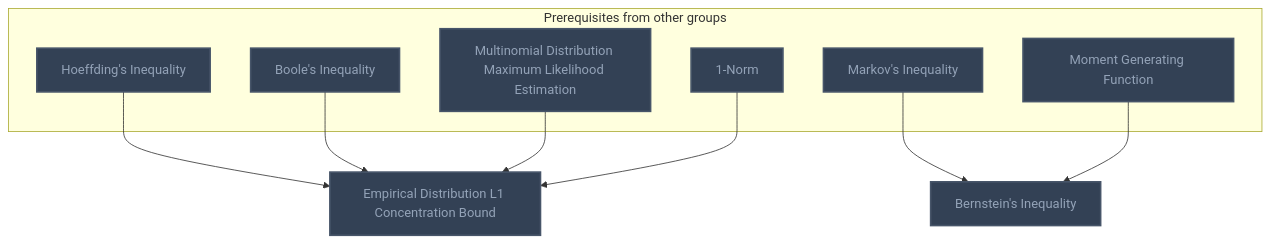
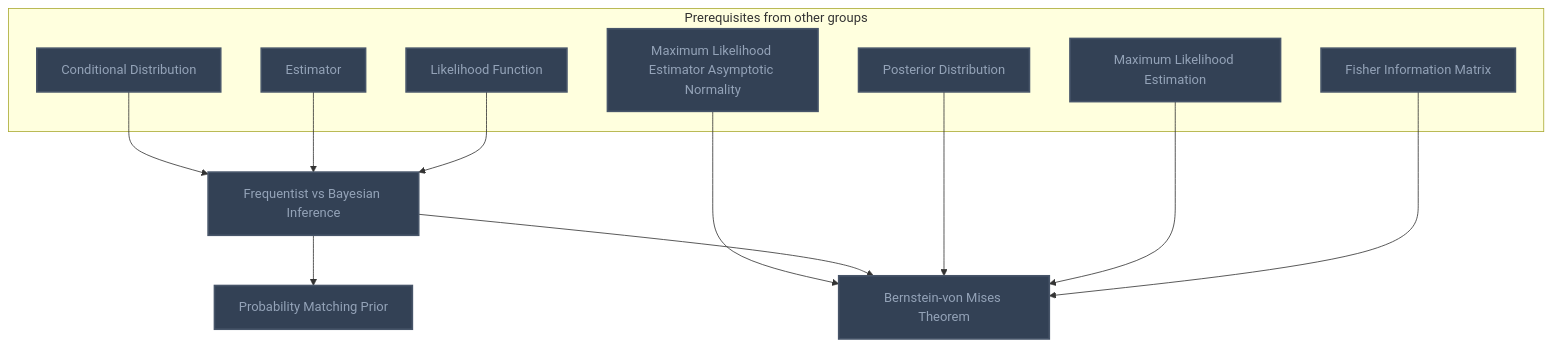
Diagram 11 of 11 in Gamification/Skill Trees/Mathematical Statistics.md (MRauf1/My-Notes), drawn with Mermaid before and after one commit. The commit also changed other lines of this file and 62 other files, not shown here.

````diff
--- a/Gamification/Skill Trees/Mathematical Statistics.md
+++ b/Gamification/Skill Trees/Mathematical Statistics.md
@@ -1344,30 +1148,35 @@
 ```mermaid
 flowchart TD
     classDef planned fill:#1E293B,stroke:#64748B,stroke-width:2px,stroke-dasharray:5 5,color:#94A3B8;
     classDef locked fill:#334155,stroke:#475569,stroke-width:2px,color:#94A3B8;
     classDef L0 fill:#F1F5F9,stroke:#94A3B8,stroke-width:2px,color:#000000;
     classDef L1 fill:#22C55E,stroke:#15803D,stroke-width:2px,color:#000000;
     classDef L2 fill:#3B82F6,stroke:#1D4ED8,stroke-width:3px,color:#FFFFFF;
     classDef L3 fill:#A855F7,stroke:#6B21A8,stroke-width:3px,color:#FFFFFF,font-weight:bold;
     classDef L4 fill:#F97316,stroke:#C2410C,stroke-width:4px,color:#000000,font-weight:bold;
     classDef L5 fill:#FFD700,stroke:#FF8C00,stroke-width:5px,color:#000000,font-weight:bold;
     classDef rusty stroke:#8B4513,stroke-width:4px,stroke-dasharray:3 3;
     subgraph sg_prereqs["Prerequisites from other groups"]
-        n_hoeffding_s_inequality["Hoeffding's Inequality"]
-        n_boole_s_inequality["Boole's Inequality"]
-        n_multinomial_distribution_maximum_likelihood_estimation["Multinomial Distribution Maximum Likelihood Estimation"]
-        n_1_norm["1-Norm"]
-        n_markov_s_inequality["Markov's Inequality"]
-        n_moment_generating_function["Moment Generating Function"]
+        n_conditional_distribution["Conditional Distribution"]
+        n_estimator["Estimator"]
+        n_maximum_likelihood_estimator_asymptotic_normality["Maximum Likelihood Estimator Asymptotic Normality"]
+        n_posterior_distribution["Posterior Distribution"]
+        n_maximum_likelihood_estimation["Maximum Likelihood Estimation"]
+        n_likelihood_function["Likelihood Function"]
+        n_fisher_information_matrix["Fisher Information Matrix"]
     end
-    n_empirical_distribution_l1_concentration_bound["Empirical Distribution L1 Concentration Bound"]
-    n_bernstein_s_inequality["Bernstein's Inequality"]
-    n_hoeffding_s_inequality --> n_empirical_distribution_l1_concentration_bound
-    n_boole_s_inequality --> n_empirical_distribution_l1_concentration_bound
-    n_multinomial_distribution_maximum_likelihood_estimation --> n_empirical_distribution_l1_concentration_bound
-    n_1_norm --> n_empirical_distribution_l1_concentration_bound
-    n_markov_s_inequality --> n_bernstein_s_inequality
-    n_moment_generating_function --> n_bernstein_s_inequality
-    class n_hoeffding_s_inequality,n_boole_s_inequality,n_multinomial_distribution_maximum_likelihood_estimation,n_1_norm,n_markov_s_inequality,n_moment_generating_function,n_empirical_distribution_l1_concentration_bound,n_bernstein_s_inequality locked;
-    class n_hoeffding_s_inequality,n_boole_s_inequality,n_multinomial_distribution_maximum_likelihood_estimation,n_1_norm,n_markov_s_inequality,n_moment_generating_function,n_empirical_distribution_l1_concentration_bound,n_bernstein_s_inequality internal-link;
+    n_frequentist_vs_bayesian_inference["Frequentist vs Bayesian Inference"]
+    n_probability_matching_prior["Probability Matching Prior"]
+    n_bernstein_von_mises_theorem["Bernstein-von Mises Theorem"]
+    n_conditional_distribution --> n_frequentist_vs_bayesian_inference
+    n_estimator --> n_frequentist_vs_bayesian_inference
+    n_frequentist_vs_bayesian_inference --> n_probability_matching_prior
+    n_maximum_likelihood_estimator_asymptotic_normality --> n_bernstein_von_mises_theorem
+    n_frequentist_vs_bayesian_inference --> n_bernstein_von_mises_theorem
+    n_posterior_distribution --> n_bernstein_von_mises_theorem
+    n_maximum_likelihood_estimation --> n_bernstein_von_mises_theorem
+    n_likelihood_function --> n_frequentist_vs_bayesian_inference
+    n_fisher_information_matrix --> n_bernstein_von_mises_theorem
+    class n_conditional_distribution,n_estimator,n_maximum_likelihood_estimator_asymptotic_normality,n_posterior_distribution,n_maximum_likelihood_estimation,n_likelihood_function,n_fisher_information_matrix,n_frequentist_vs_bayesian_inference,n_probability_matching_prior,n_bernstein_von_mises_theorem locked;
+    class n_conditional_distribution,n_estimator,n_maximum_likelihood_estimator_asymptotic_normality,n_posterior_distribution,n_maximum_likelihood_estimation,n_likelihood_function,n_fisher_information_matrix,n_frequentist_vs_bayesian_inference,n_probability_matching_prior,n_bernstein_von_mises_theorem internal-link;
 ```
````
